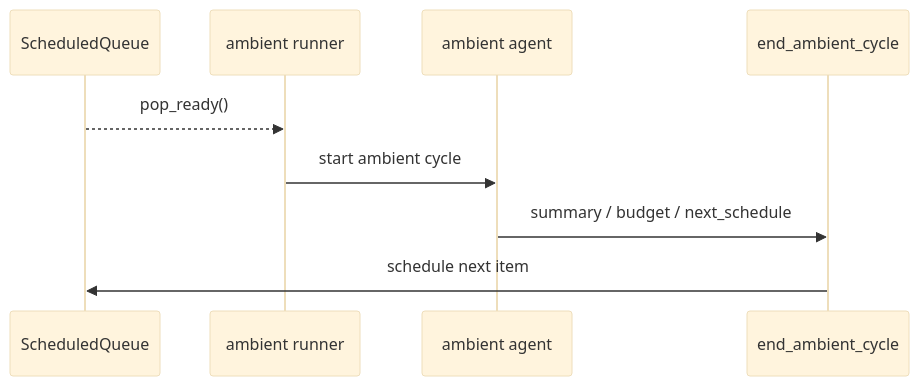
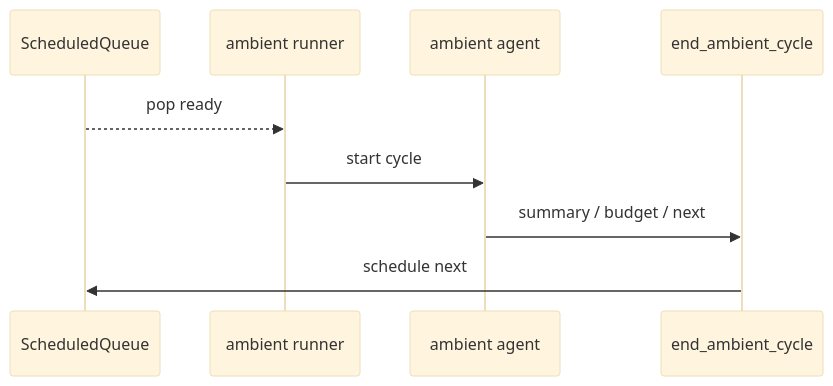
Before and after one commit to Br1an67/learn-jcode: the third of 4 diagrams in docs/en/s09-ambient-selfdev.md, drawn with Mermaid (base theme). The commit also changed other lines of this file and 23 other files, not shown here.

Commit message:
Improve Mermaid diagram layout

````diff
--- a/docs/en/s09-ambient-selfdev.md
+++ b/docs/en/s09-ambient-selfdev.md
@@ -413,12 +414,12 @@
 ```mermaid
 sequenceDiagram
   participant Queue as ScheduledQueue
   participant Runner as ambient runner
   participant Agent as ambient agent
   participant Tool as end_ambient_cycle
 
-  Queue-->>Runner: pop_ready()
-  Runner->>Agent: start ambient cycle
-  Agent->>Tool: summary / budget / next_schedule
-  Tool->>Queue: schedule next item
+  Queue-->>Runner: pop ready
+  Runner->>Agent: start cycle
+  Agent->>Tool: summary / budget / next
+  Tool->>Queue: schedule next
 ```
````
